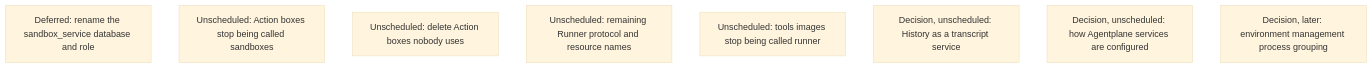
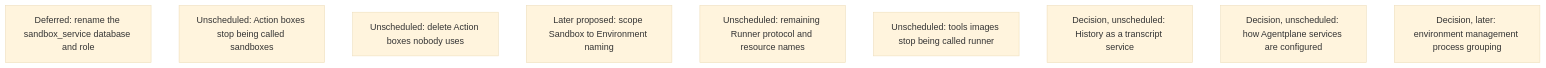
The tenth of 18 diagrams in agentplane/plans/task_dag.md (agentydragon/ducktape), drawn with Mermaid (base theme) before and after one commit. The commit also changed other lines of this file and 1 other file, not shown here.

````diff
--- a/agentplane/plans/task_dag.md
+++ b/agentplane/plans/task_dag.md
@@ -1963,11 +1915,12 @@
 ```mermaid
 flowchart TD
     HISTORY_DATABASE_RENAME[Deferred: rename the sandbox_service database and role]
     ACTION_BOX_RENAME[Unscheduled: Action boxes stop being called sandboxes]
     ACTION_BOX_IDLE_REAPER[Unscheduled: delete Action boxes nobody uses]
+    SANDBOX_ENVIRONMENT_RENAME_DESIGN[Later proposed: scope Sandbox to Environment naming]
     RUNNER_RENAME[Unscheduled: remaining Runner protocol and resource names]
     RUNNER_IMAGES_RENAME[Unscheduled: tools images stop being called runner]
     HISTORY_SERVICE_RENAME[Decision, unscheduled: History as a transcript service]
     SERVICE_SETTINGS_RETHINK[Decision, unscheduled: how Agentplane services are configured]
     ENV_MANAGEMENT_PROCESS_CONSOLIDATION_DESIGN[Decision, later: environment management process grouping]
 ```
````
